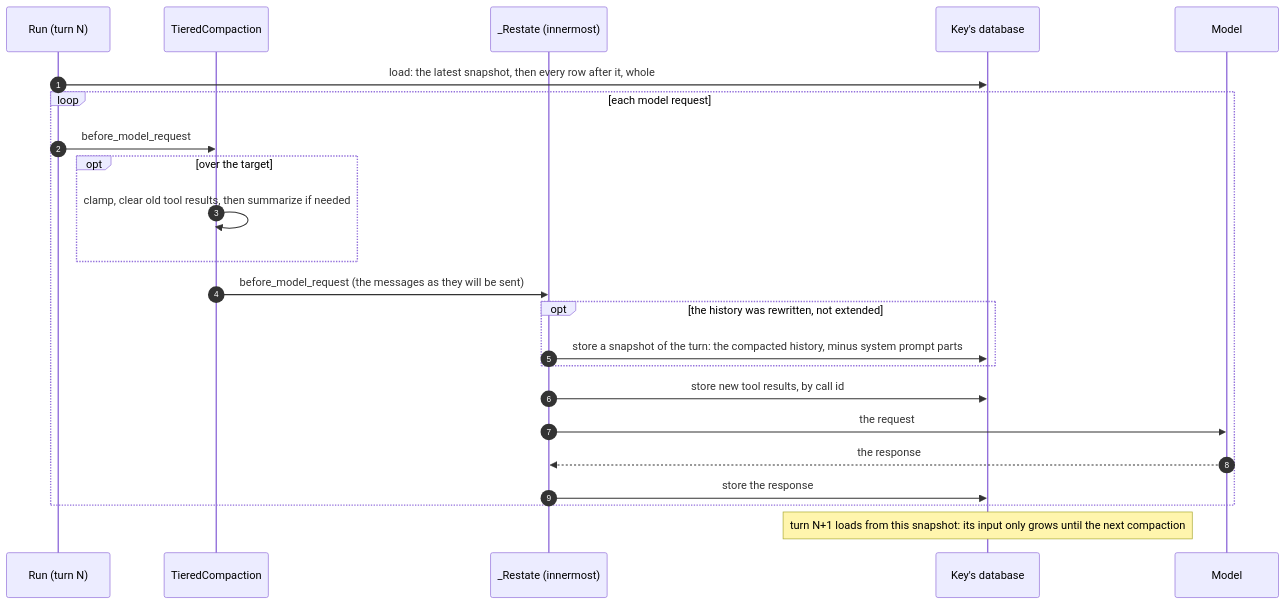
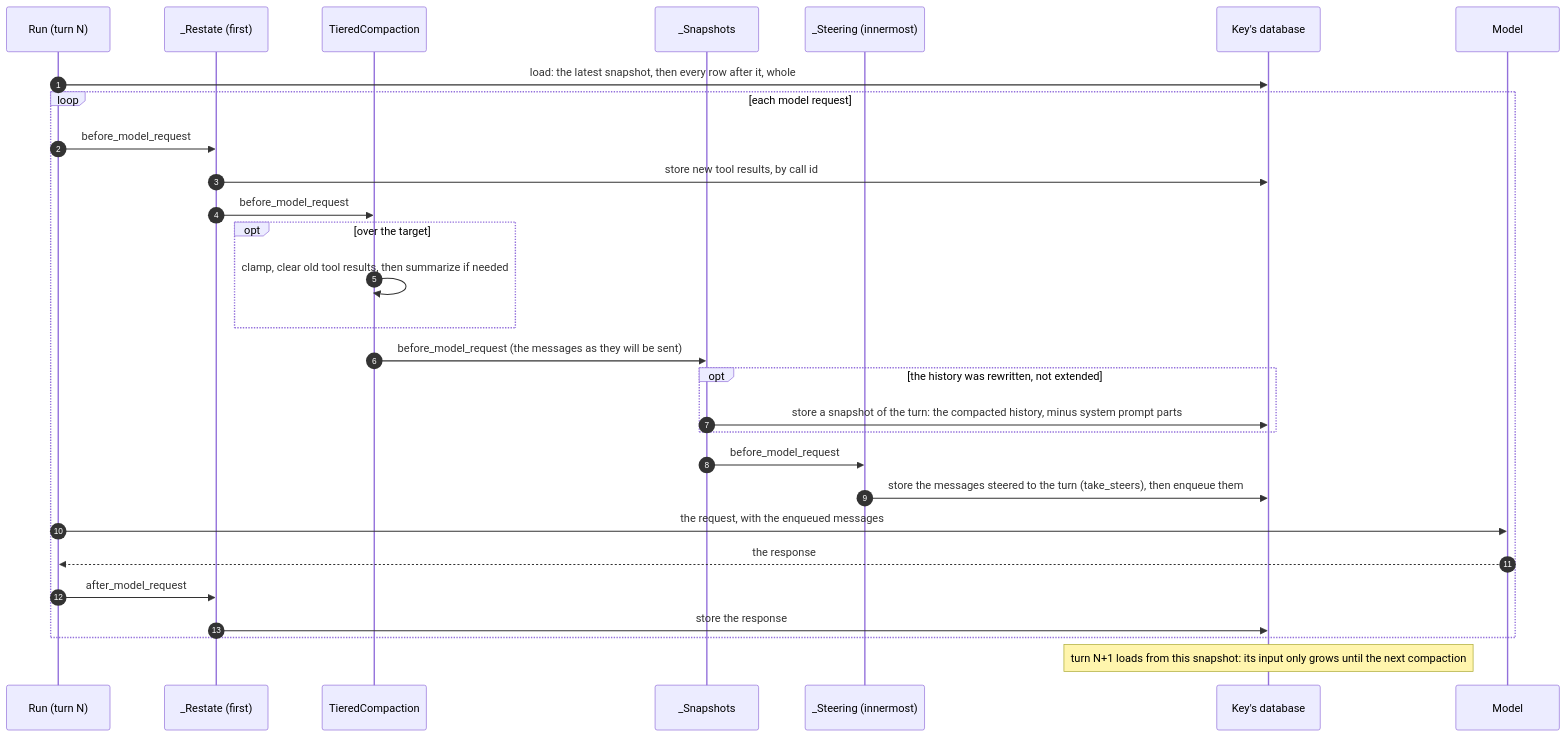
The first of 3 diagrams in docs/agents/frameworks.md (restatedev/sdk-python), drawn with Mermaid before and after one commit. The commit also changed other lines of this file and 29 other files, not shown here.

````diff
--- a/docs/agents/frameworks.md
+++ b/docs/agents/frameworks.md
@@ -185,25 +190,31 @@
 ```mermaid
 sequenceDiagram
   autonumber
   participant R as Run (turn N)
+  participant G as _Restate (first)
   participant T as TieredCompaction
-  participant G as _Restate (innermost)
+  participant S as _Snapshots
+  participant St as _Steering (innermost)
   participant DB as Key's database
   participant M as Model
   R->>DB: load: the latest snapshot, then every row after it, whole
   loop each model request
-    R->>T: before_model_request
+    R->>G: before_model_request
+    G->>DB: store new tool results, by call id
+    G->>T: before_model_request
     opt over the target
       T->>T: clamp, clear old tool results, then summarize if needed
     end
-    T->>G: before_model_request (the messages as they will be sent)
+    T->>S: before_model_request (the messages as they will be sent)
     opt the history was rewritten, not extended
-      G->>DB: store a snapshot of the turn: the compacted history, minus system prompt parts
+      S->>DB: store a snapshot of the turn: the compacted history, minus system prompt parts
     end
-    G->>DB: store new tool results, by call id
-    G->>M: the request
-    M-->>G: the response
+    S->>St: before_model_request
+    St->>DB: store the messages steered to the turn (take_steers), then enqueue them
+    R->>M: the request, with the enqueued messages
+    M-->>R: the response
+    R->>G: after_model_request
     G->>DB: store the response
   end
   Note over DB: turn N+1 loads from this snapshot: its input only grows until the next compaction
 ```
````
